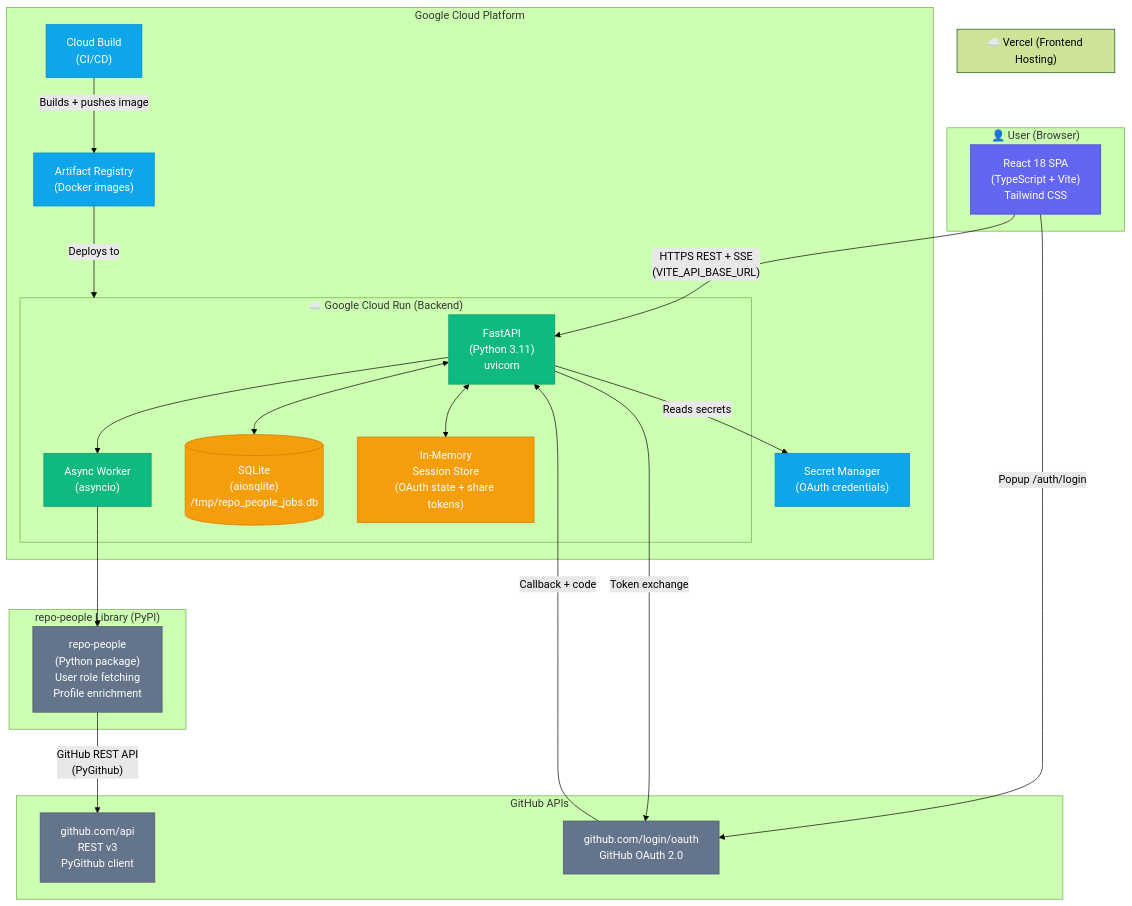
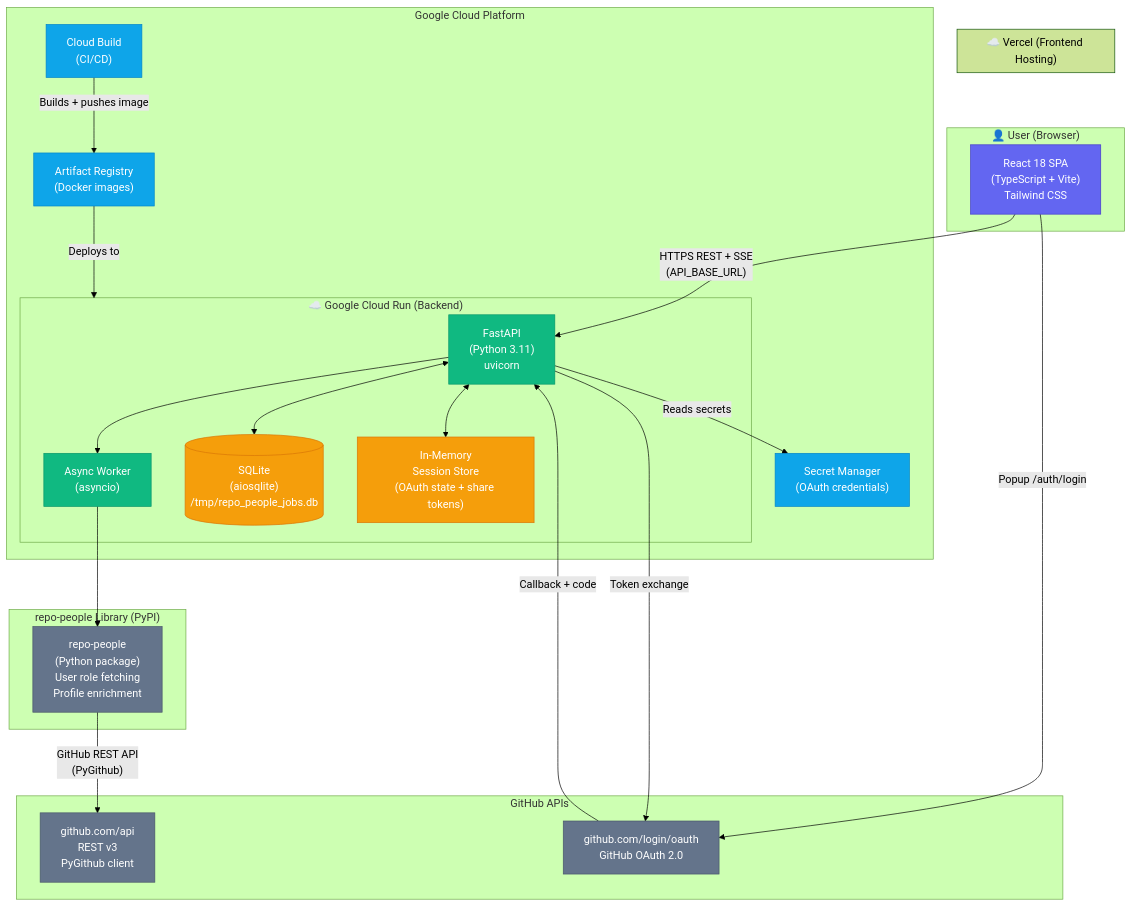
Before and after one commit to amckenna41/repo-people-app: the diagram in docs/architecture-diagram.md, drawn with Mermaid (forest theme). The commit also changed 6 other files, not shown here.

````diff
--- a/docs/architecture-diagram.md
+++ b/docs/architecture-diagram.md
@@ -3,66 +3,66 @@
 ```mermaid
 flowchart TB
     subgraph User["👤 User (Browser)"]
         UI["React 18 SPA\n(TypeScript + Vite)\nTailwind CSS"]
     end
 
     subgraph Vercel["☁️ Vercel (Frontend Hosting)"]
         UI
     end
 
     subgraph CloudRun["☁️ Google Cloud Run (Backend)"]
         API["FastAPI\n(Python 3.11)\nuvicorn"]
         Worker["Async Worker\n(asyncio)"]
         DB[("SQLite\n(aiosqlite)\n/tmp/repo_people_jobs.db")]
         SessionStore["In-Memory\nSession Store\n(OAuth state + share tokens)"]
     end
 
     subgraph GCP["Google Cloud Platform"]
         CloudRun
         SecretMgr["Secret Manager\n(OAuth credentials)"]
         ArtifactReg["Artifact Registry\n(Docker images)"]
         CloudBuild["Cloud Build\n(CI/CD)"]
     end
 
     subgraph GitHubAPIs["GitHub APIs"]
         GHAPI["github.com/api\nREST v3\nPyGithub client"]
         GHOAuth["github.com/login/oauth\nGitHub OAuth 2.0"]
     end
 
     subgraph ExternalLibs["repo-people Library (PyPI)"]
         RepoPeople["repo-people\n(Python package)\nUser role fetching\nProfile enrichment"]
     end
 
     %% Frontend → Backend communication
-    UI -->|"HTTPS REST + SSE\n(VITE_API_BASE_URL)"| API
+    UI -->|"HTTPS REST + SSE\n(API_BASE_URL)"| API
 
     %% Auth flow
     UI -->|"Popup /auth/login"| GHOAuth
     GHOAuth -->|"Callback + code"| API
     API -->|"Token exchange"| GHOAuth
 
     %% Backend internals
     API --> Worker
     Worker --> RepoPeople
     RepoPeople -->|"GitHub REST API\n(PyGithub)"| GHAPI
     API <--> DB
     API <--> SessionStore
     API -->|"Reads secrets"| SecretMgr
 
     %% CI/CD
     CloudBuild -->|"Builds + pushes image"| ArtifactReg
     ArtifactReg -->|"Deploys to"| CloudRun
 
     %% Styling
     classDef frontend fill:#6366f1,color:#fff,stroke:#4338ca
     classDef backend fill:#10b981,color:#fff,stroke:#059669
     classDef storage fill:#f59e0b,color:#fff,stroke:#d97706
     classDef external fill:#64748b,color:#fff,stroke:#475569
     classDef cicd fill:#0ea5e9,color:#fff,stroke:#0284c7
 
     class UI frontend
     class API,Worker backend
     class DB,SessionStore storage
     class GHAPI,GHOAuth,RepoPeople external
     class CloudBuild,ArtifactReg,SecretMgr cicd
 ```
````
